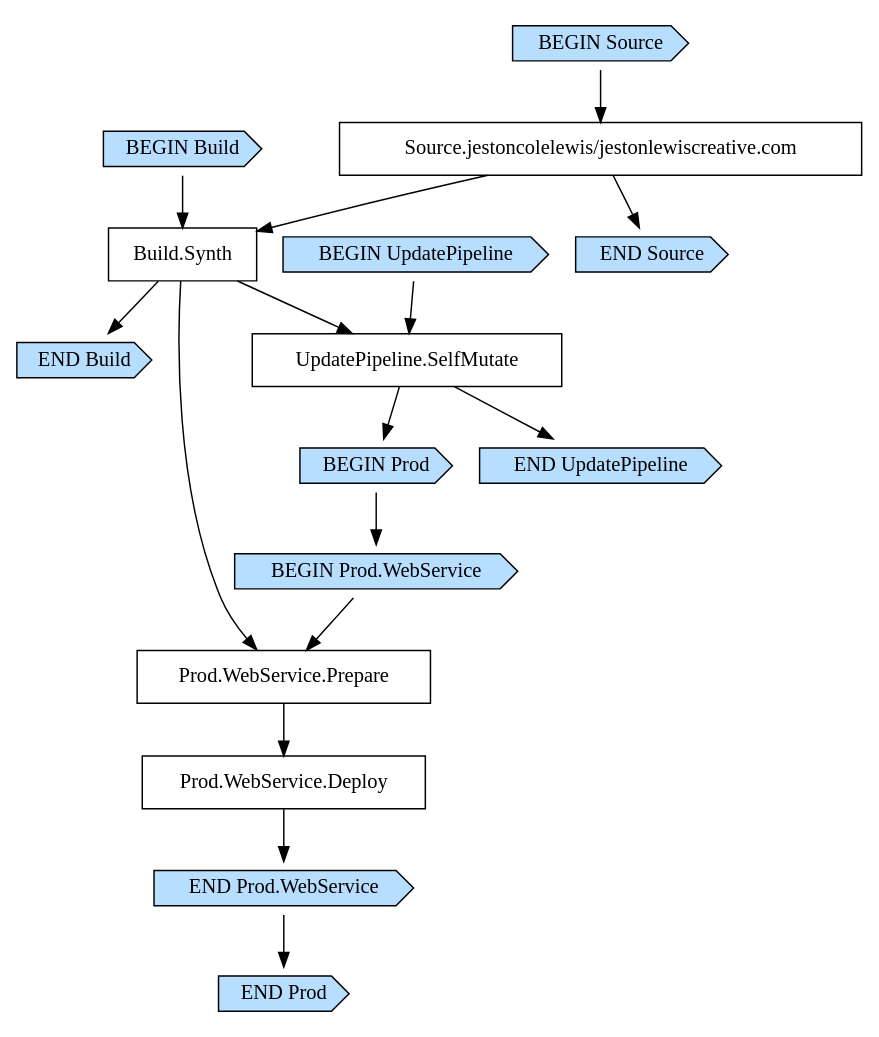
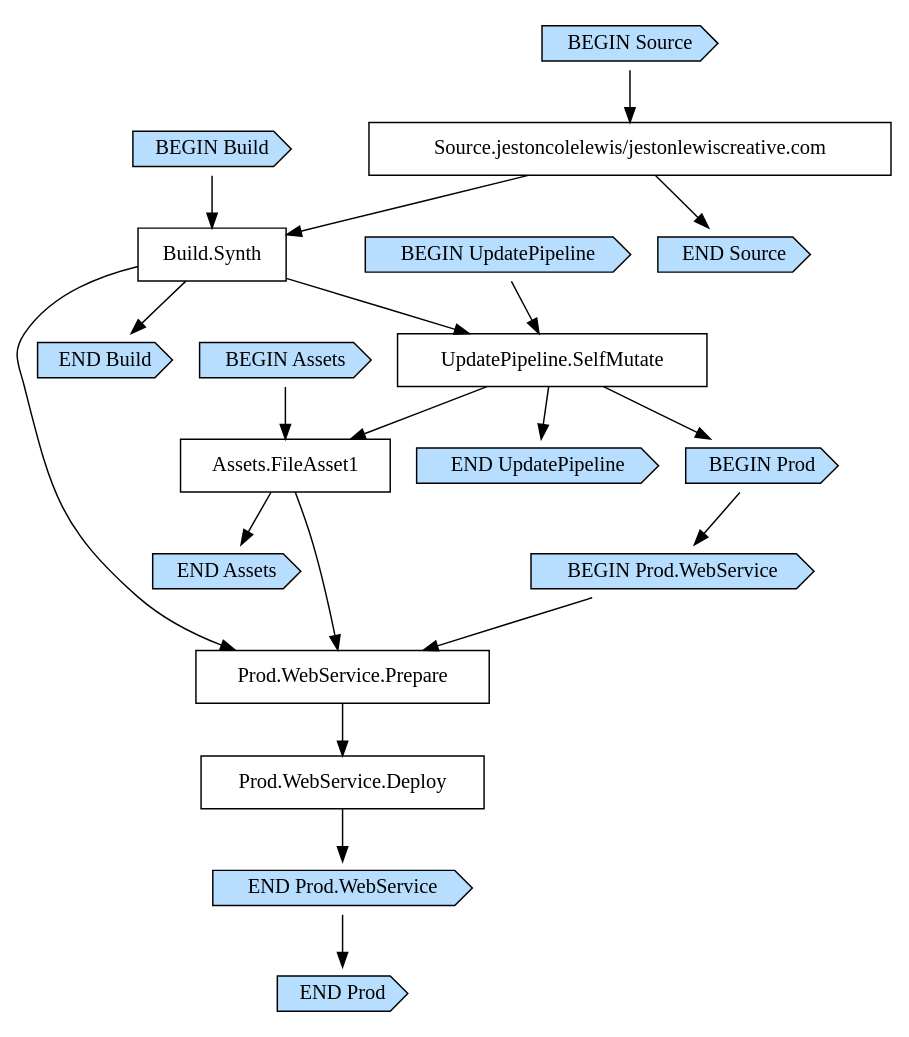
The diagram in cdk.out/JestonLewisCreativeFrontEndStackPipelineC2681E6E.dot (jestoncolelewis/jestonlewiscreative.com), drawn with Graphviz before and after one commit. The commit also changed 10 other files, not shown here.

```diff
--- a/cdk.out/JestonLewisCreativeFrontEndStackPipelineC2681E6E.dot
+++ b/cdk.out/JestonLewisCreativeFrontEndStackPipelineC2681E6E.dot
@@ -1,37 +1,44 @@
 digraph G {
   # Arrows represent an "unlocks" relationship (opposite of dependency). So chosen
   # because the layout looks more natural that way.
   # To represent subgraph dependencies, subgraphs are represented by BEGIN/END nodes.
   # To render: `dot -Tsvg JestonLewisCreativeFrontEndStackPipelineC2681E6E.dot > graph.svg`, open in a browser.
   node [shape="box"];
 "BEGIN Build" [shape="cds", style="filled", fillcolor="#b7deff"];
 "END Build" [shape="cds", style="filled", fillcolor="#b7deff"];
 "Build.Synth";
 "Source.jestoncolelewis/jestonlewiscreative.com" -> "Build.Synth";
 "BEGIN Build" -> "Build.Synth";
 "Build.Synth" -> "END Build";
 "BEGIN UpdatePipeline" [shape="cds", style="filled", fillcolor="#b7deff"];
 "END UpdatePipeline" [shape="cds", style="filled", fillcolor="#b7deff"];
 "UpdatePipeline.SelfMutate";
 "Build.Synth" -> "UpdatePipeline.SelfMutate";
 "BEGIN UpdatePipeline" -> "UpdatePipeline.SelfMutate";
 "UpdatePipeline.SelfMutate" -> "END UpdatePipeline";
+"BEGIN Assets" [shape="cds", style="filled", fillcolor="#b7deff"];
+"END Assets" [shape="cds", style="filled", fillcolor="#b7deff"];
+"Assets.FileAsset1";
+"UpdatePipeline.SelfMutate" -> "Assets.FileAsset1";
+"BEGIN Assets" -> "Assets.FileAsset1";
+"Assets.FileAsset1" -> "END Assets";
 "BEGIN Prod" [shape="cds", style="filled", fillcolor="#b7deff"];
 "END Prod" [shape="cds", style="filled", fillcolor="#b7deff"];
 "UpdatePipeline.SelfMutate" -> "BEGIN Prod";
 "BEGIN Prod.WebService" [shape="cds", style="filled", fillcolor="#b7deff"];
 "END Prod.WebService" [shape="cds", style="filled", fillcolor="#b7deff"];
 "Prod.WebService.Deploy";
 "Prod.WebService.Prepare" -> "Prod.WebService.Deploy";
 "Prod.WebService.Prepare";
 "Build.Synth" -> "Prod.WebService.Prepare";
+"Assets.FileAsset1" -> "Prod.WebService.Prepare";
 "BEGIN Prod.WebService" -> "Prod.WebService.Prepare";
 "Prod.WebService.Deploy" -> "END Prod.WebService";
 "BEGIN Prod" -> "BEGIN Prod.WebService";
 "END Prod.WebService" -> "END Prod";
 "BEGIN Source" [shape="cds", style="filled", fillcolor="#b7deff"];
 "END Source" [shape="cds", style="filled", fillcolor="#b7deff"];
 "Source.jestoncolelewis/jestonlewiscreative.com";
 "BEGIN Source" -> "Source.jestoncolelewis/jestonlewiscreative.com";
 "Source.jestoncolelewis/jestonlewiscreative.com" -> "END Source";
 }
```
